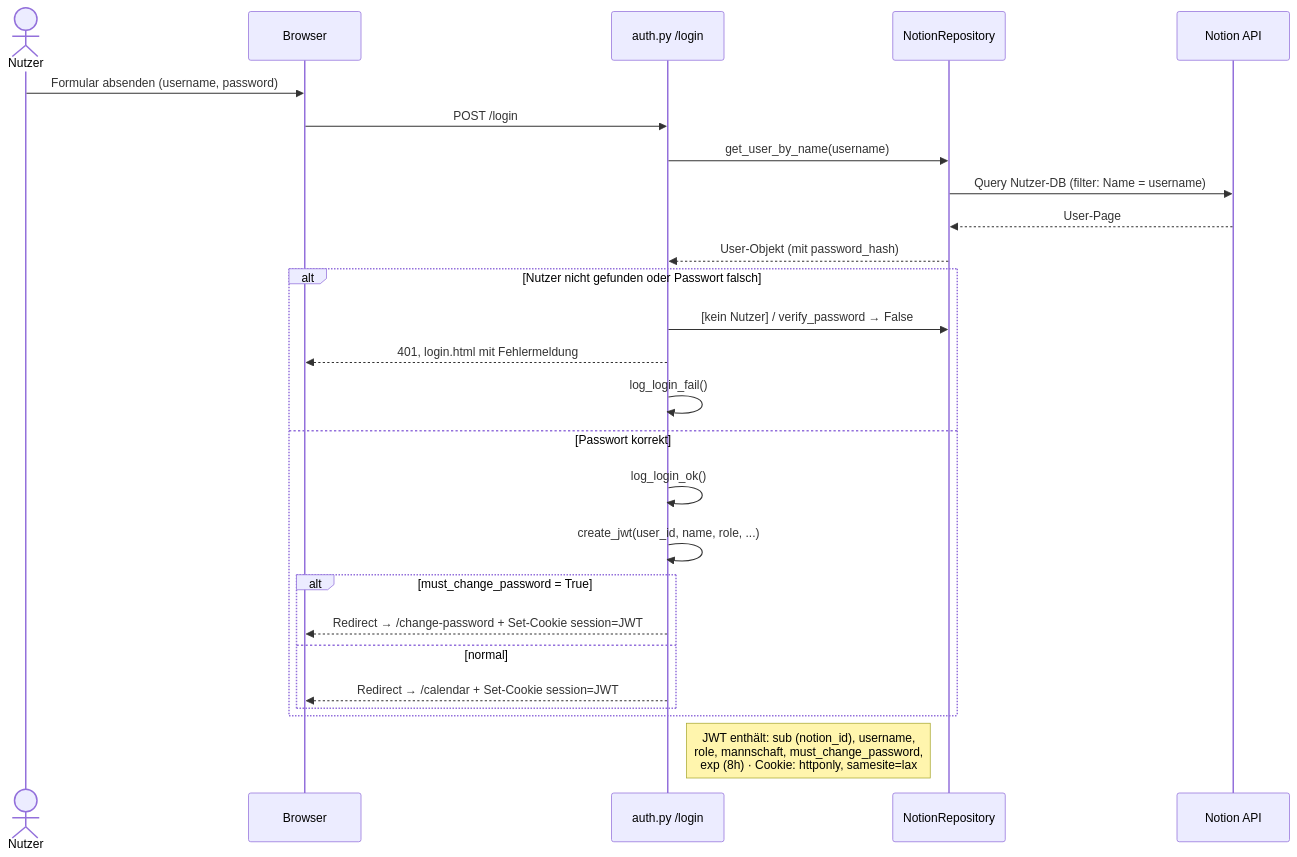
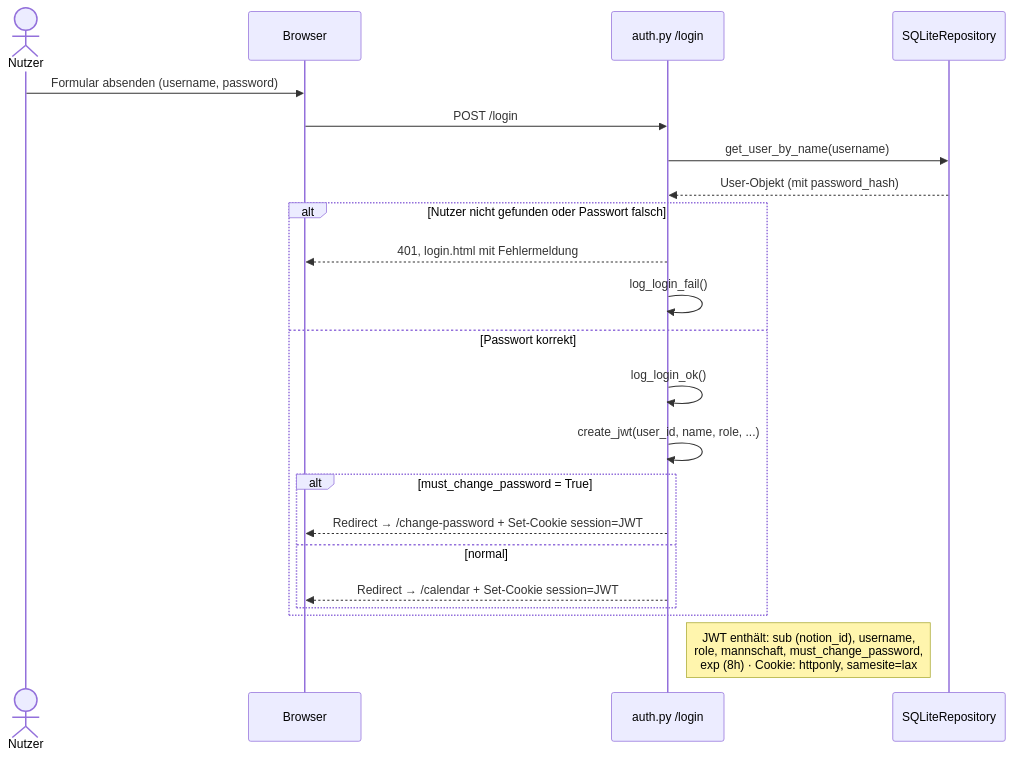
One commit to MerowingerX/Sportplatz-Buchung changed the fourth of 12 diagrams in docs/ARCHITEKTUR.md. Above: the diagram before and after it, drawn with Mermaid. The commit also changed other lines of this file and 12 other files, not shown here.

````diff
--- a/docs/ARCHITEKTUR.md
+++ b/docs/ARCHITEKTUR.md
@@ -347,31 +346,27 @@
 ```mermaid
 sequenceDiagram
     actor Nutzer
     participant B as Browser
     participant AUTH as auth.py /login
-    participant NR as NotionRepository
-    participant N as Notion API
+    participant REPO as SQLiteRepository
 
     Nutzer->>B: Formular absenden (username, password)
     B->>AUTH: POST /login
-    AUTH->>NR: get_user_by_name(username)
-    NR->>N: Query Nutzer-DB (filter: Name = username)
-    N-->>NR: User-Page
-    NR-->>AUTH: User-Objekt (mit password_hash)
+    AUTH->>REPO: get_user_by_name(username)
+    REPO-->>AUTH: User-Objekt (mit password_hash)
 
     alt Nutzer nicht gefunden oder Passwort falsch
-        AUTH->>NR: [kein Nutzer] / verify_password → False
         AUTH-->>B: 401, login.html mit Fehlermeldung
         AUTH->>AUTH: log_login_fail()
     else Passwort korrekt
         AUTH->>AUTH: log_login_ok()
         AUTH->>AUTH: create_jwt(user_id, name, role, ...)
         alt must_change_password = True
             AUTH-->>B: Redirect → /change-password + Set-Cookie session=JWT
         else normal
             AUTH-->>B: Redirect → /calendar + Set-Cookie session=JWT
         end
     end
 
     Note right of AUTH: JWT enthält: sub (notion_id), username,<br/>role, mannschaft, must_change_password,<br/>exp (8h) · Cookie: httponly, samesite=lax
 ```
````
